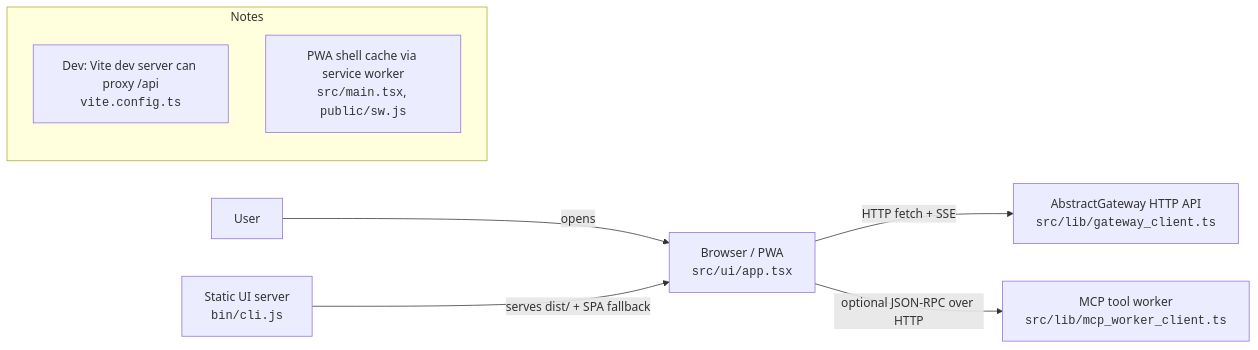
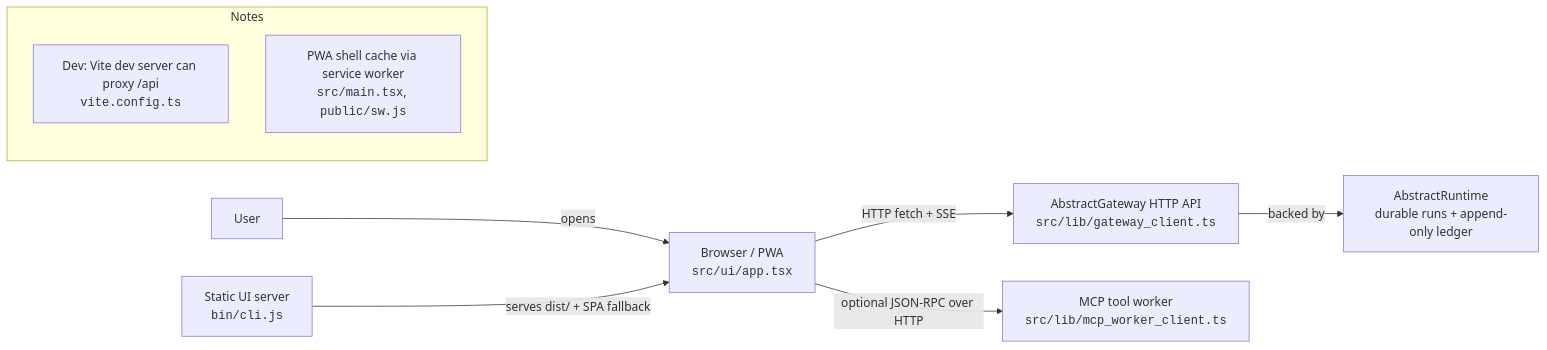
One commit to lpalbou/AbstractObserver changed the first of 2 diagrams in docs/architecture.md. Above: the diagram before and after it, drawn with Mermaid. The commit also changed other lines of this file and 12 other files, not shown here.

````diff
--- a/docs/architecture.md
+++ b/docs/architecture.md
@@ -13,12 +21,13 @@
 ```mermaid
 flowchart LR
   U[User] -->|opens| B[Browser / PWA<br/><code>src/ui/app.tsx</code>]
   S[Static UI server<br/><code>bin/cli.js</code>] -->|serves dist/ + SPA fallback| B
   B -->|HTTP fetch + SSE| G[AbstractGateway HTTP API<br/><code>src/lib/gateway_client.ts</code>]
+  G -->|backed by| R[AbstractRuntime<br/>durable runs + append-only ledger]
   B -->|optional JSON-RPC over HTTP| W[MCP tool worker<br/><code>src/lib/mcp_worker_client.ts</code>]
 
   subgraph Notes[Notes]
     N1[Dev: Vite dev server can proxy /api<br/><code>vite.config.ts</code>]
     N2[PWA shell cache via service worker<br/><code>src/main.tsx</code>, <code>public/sw.js</code>]
   end
 ```
````
